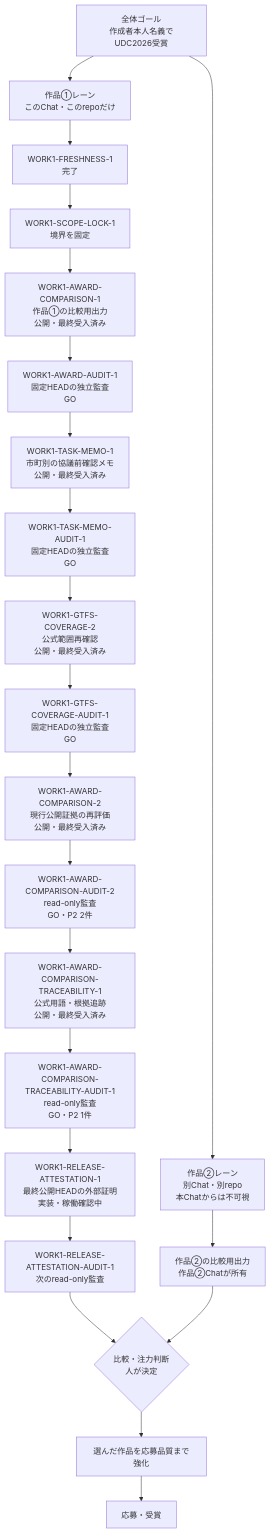
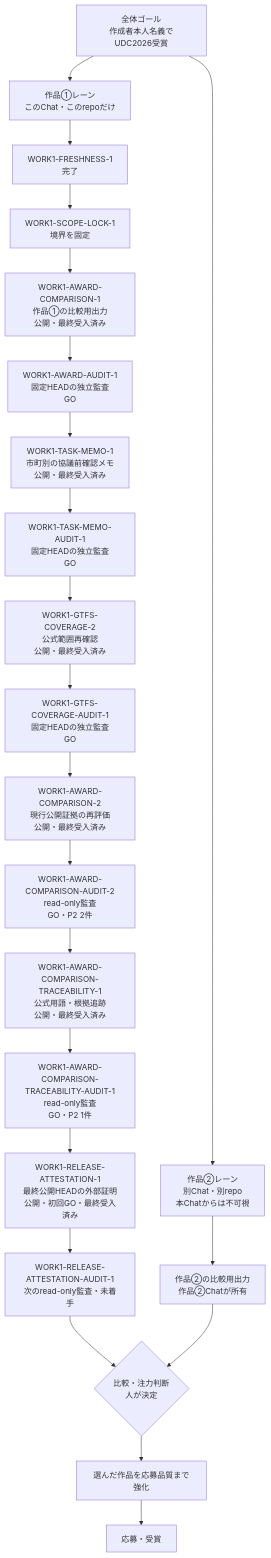
The diagram in WORK_SCOPE.md (yyy-yuichi/yamaguchi-yusho-data), drawn with Mermaid before and after one commit. The commit also changed other lines of this file and 7 other files, not shown here.

Commit message:
Record release attestation acceptance

````diff
--- a/WORK_SCOPE.md
+++ b/WORK_SCOPE.md
@@ -20,30 +20,30 @@
 ```mermaid
 flowchart TD
     G["全体ゴール<br/>作成者本人名義でUDC2026受賞"]
     W1["作品①レーン<br/>このChat・このrepoだけ"]
     W2["作品②レーン<br/>別Chat・別repo<br/>本Chatからは不可視"]
     F["WORK1-FRESHNESS-1<br/>完了"]
     L["WORK1-SCOPE-LOCK-1<br/>境界を固定"]
     C1["WORK1-AWARD-COMPARISON-1<br/>作品①の比較用出力<br/>公開・最終受入済み"]
     A1["WORK1-AWARD-AUDIT-1<br/>固定HEADの独立監査<br/>GO"]
     M1["WORK1-TASK-MEMO-1<br/>市町別の協議前確認メモ<br/>公開・最終受入済み"]
     A2["WORK1-TASK-MEMO-AUDIT-1<br/>固定HEADの独立監査<br/>GO"]
     V1["WORK1-GTFS-COVERAGE-2<br/>公式範囲再確認<br/>公開・最終受入済み"]
     V2["WORK1-GTFS-COVERAGE-AUDIT-1<br/>固定HEADの独立監査<br/>GO"]
     C3["WORK1-AWARD-COMPARISON-2<br/>現行公開証拠の再評価<br/>公開・最終受入済み"]
     C4["WORK1-AWARD-COMPARISON-AUDIT-2<br/>read-only監査<br/>GO・P2 2件"]
     T1["WORK1-AWARD-COMPARISON-TRACEABILITY-1<br/>公式用語・根拠追跡<br/>公開・最終受入済み"]
     T2["WORK1-AWARD-COMPARISON-TRACEABILITY-AUDIT-1<br/>read-only監査<br/>GO・P2 1件"]
-    R1["WORK1-RELEASE-ATTESTATION-1<br/>最終公開HEADの外部証明<br/>実装・稼働確認中"]
-    R2["WORK1-RELEASE-ATTESTATION-AUDIT-1<br/>次のread-only監査"]
+    R1["WORK1-RELEASE-ATTESTATION-1<br/>最終公開HEADの外部証明<br/>公開・初回GO・最終受入済み"]
+    R2["WORK1-RELEASE-ATTESTATION-AUDIT-1<br/>次のread-only監査・未着手"]
     C2["作品②の比較用出力<br/>作品②Chatが所有"]
     D{"比較・注力判断<br/>人が決定"}
     S["選んだ作品を応募品質まで強化"]
     A["応募・受賞"]
 
     G --> W1
     G --> W2
     W1 --> F --> L --> C1 --> A1 --> M1 --> A2 --> V1 --> V2 --> C3 --> C4 --> T1 --> T2 --> R1 --> R2 --> D
     W2 --> C2 --> D
     D --> S --> A
 ```
````
